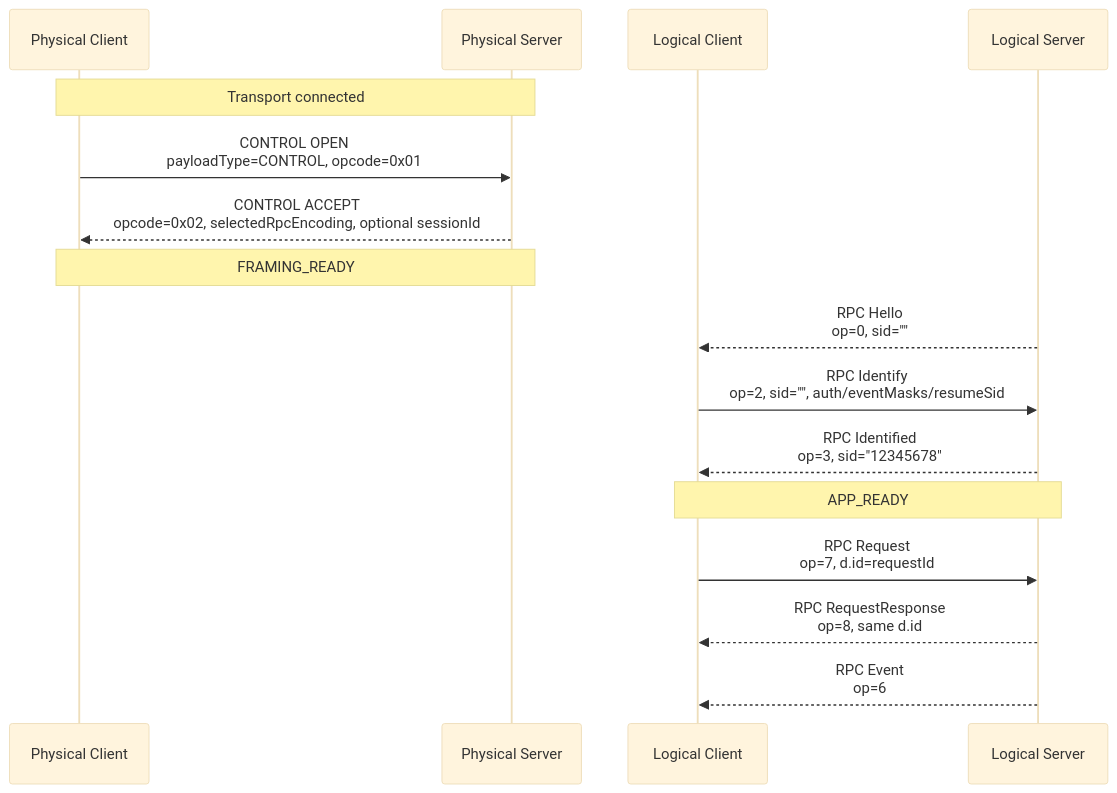
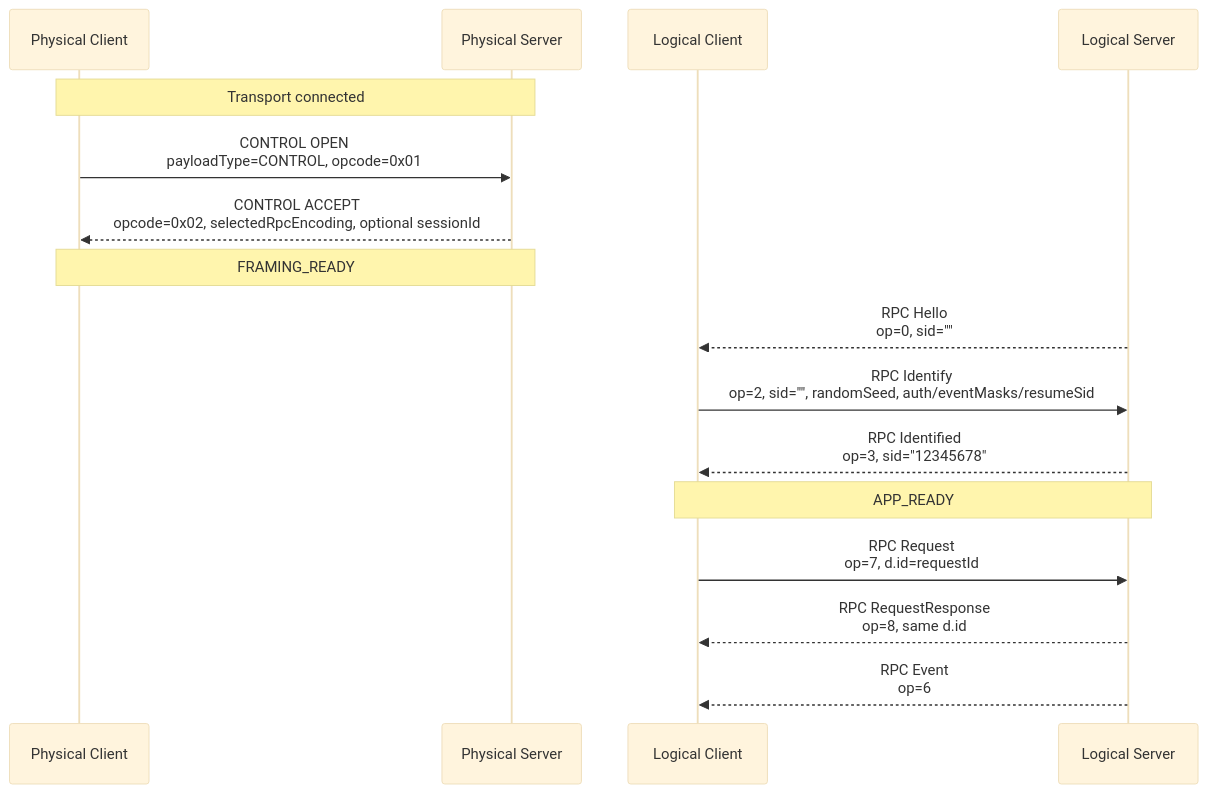
The first of 8 diagrams in docs/guides/core-protocol-flow.md (Mostorm-Labs/axtp), drawn with Mermaid (base theme) before and after one commit. The commit also changed other lines of this file and 25 other files, not shown here.

````diff
--- a/docs/guides/core-protocol-flow.md
+++ b/docs/guides/core-protocol-flow.md
@@ -44,21 +44,21 @@
 ```mermaid
 sequenceDiagram
     participant PC as Physical Client
     participant PS as Physical Server
     participant LC as Logical Client
     participant LS as Logical Server
 
     Note over PC,PS: Transport connected
     PC->>PS: CONTROL OPEN<br/>payloadType=CONTROL, opcode=0x01
     PS-->>PC: CONTROL ACCEPT<br/>opcode=0x02, selectedRpcEncoding, optional sessionId
     Note over PC,PS: FRAMING_READY
 
     LS-->>LC: RPC Hello<br/>op=0, sid=""
-    LC->>LS: RPC Identify<br/>op=2, sid="", auth/eventMasks/resumeSid
+    LC->>LS: RPC Identify<br/>op=2, sid="", randomSeed, auth/eventMasks/resumeSid
     LS-->>LC: RPC Identified<br/>op=3, sid="12345678"
     Note over LC,LS: APP_READY
 
     LC->>LS: RPC Request<br/>op=7, d.id=requestId
     LS-->>LC: RPC RequestResponse<br/>op=8, same d.id
     LS-->>LC: RPC Event<br/>op=6
 ```
````
